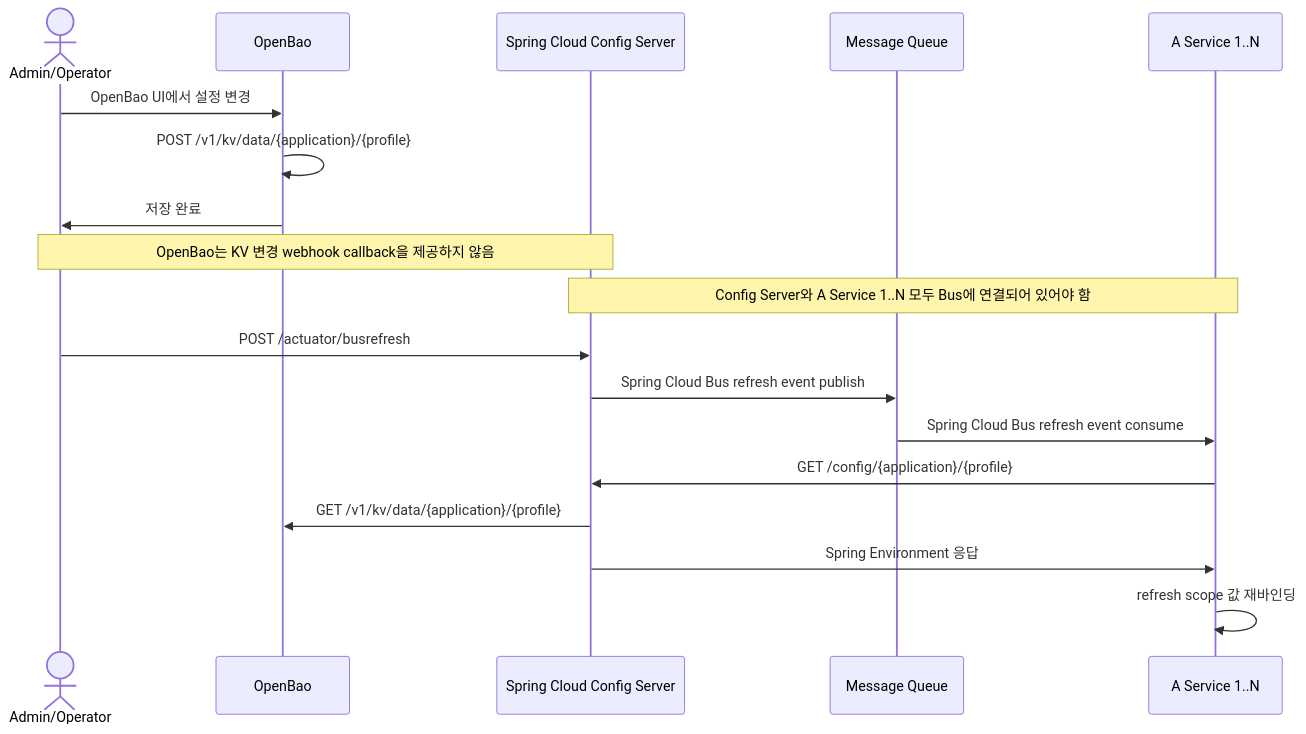
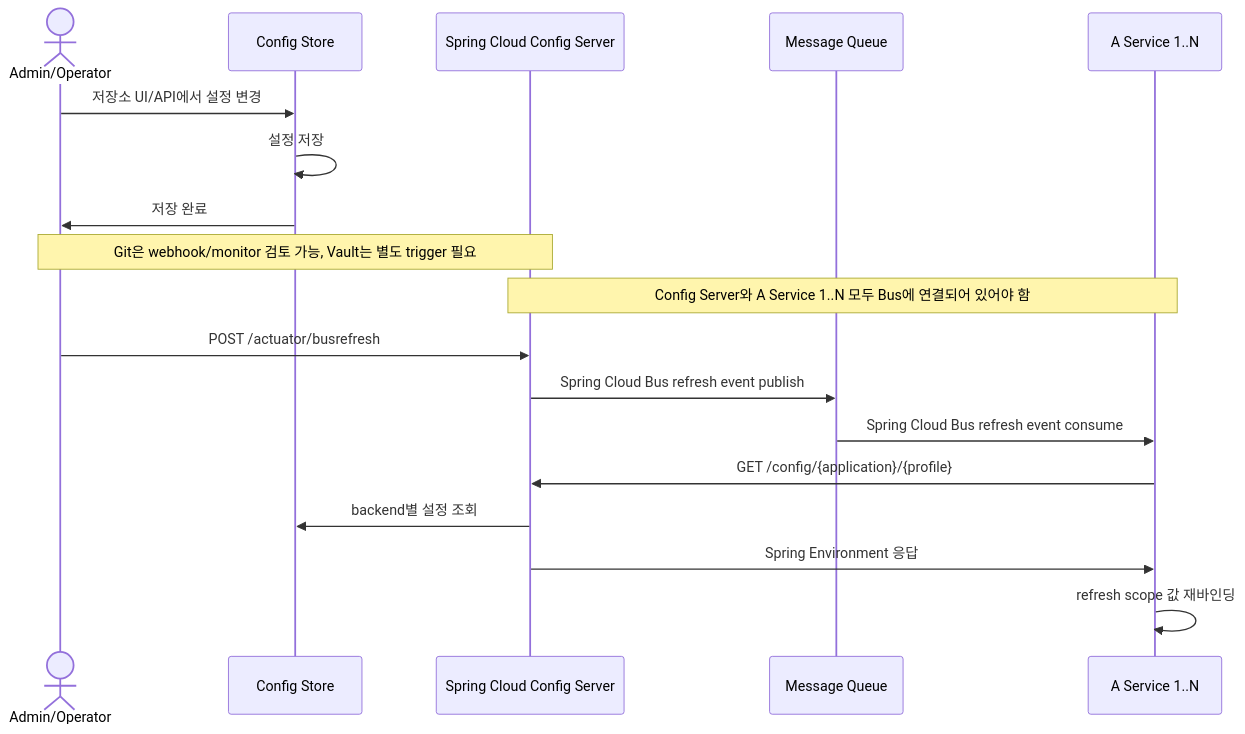
One commit to Hyune-s-lab/my-spring-cloud-config changed the second of 2 diagrams in README.md. Above: the diagram before and after it, drawn with Mermaid. The commit also changed other lines of this file and 9 other files, not shown here.

````diff
--- a/README.md
+++ b/README.md
@@ -103,20 +156,20 @@
 ```mermaid
 sequenceDiagram
     actor Admin as Admin/Operator
-    participant Bao as OpenBao
+    participant Store as Config Store
     participant Config as Spring Cloud Config Server
     participant Broker as Message Queue
     participant App as A Service 1..N
-    Admin ->> Bao: OpenBao UI에서 설정 변경
-    Bao ->> Bao: POST /v1/kv/data/{application}/{profile}
-    Bao ->> Admin: 저장 완료
-    Note over Admin, Config: OpenBao는 KV 변경 webhook callback을 제공하지 않음
+    Admin ->> Store: 저장소 UI/API에서 설정 변경
+    Store ->> Store: 설정 저장
+    Store ->> Admin: 저장 완료
+    Note over Admin, Config: Git은 webhook/monitor 검토 가능, Vault는 별도 trigger 필요
     Note over Config, App: Config Server와 A Service 1..N 모두 Bus에 연결되어 있어야 함
     Admin ->> Config: POST /actuator/busrefresh
     Config ->> Broker: Spring Cloud Bus refresh event publish
     Broker ->> App: Spring Cloud Bus refresh event consume
     App ->> Config: GET /config/{application}/{profile}
-    Config ->> Bao: GET /v1/kv/data/{application}/{profile}
+    Config ->> Store: backend별 설정 조회
     Config ->> App: Spring Environment 응답
     App ->> App: refresh scope 값 재바인딩
 ```
````
